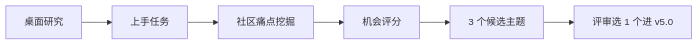
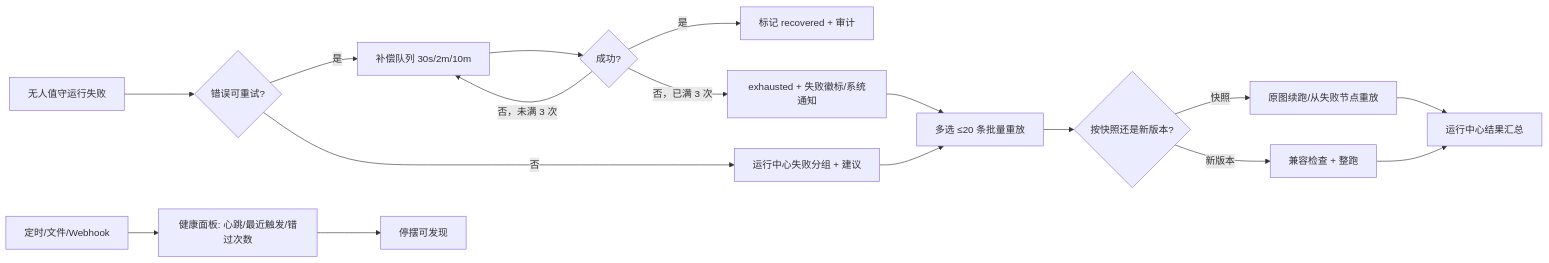
The diagram in docs/plan/v5.0/README.md (flashJJ/workBuddyForMe), drawn with Mermaid before and after one commit. The commit also changed other lines of this file and 173 other files, not shown here.

````diff
--- a/docs/plan/v5.0/README.md
+++ b/docs/plan/v5.0/README.md
@@ -63,8 +72,19 @@
 ```mermaid
 flowchart LR
-  A[桌面研究] --> B[上手任务]
-  B --> C[社区痛点挖掘]
-  C --> D[机会评分]
-  D --> E[3 个候选主题]
-  E --> F[评审选 1 个进 v5.0]
+  A[无人值守运行失败] --> B{错误可重试?}
+  B -->|是| C[补偿队列 30s/2m/10m]
+  B -->|否| D[运行中心失败分组 + 建议]
+  C --> E{成功?}
+  E -->|是| F[标记 recovered + 审计]
+  E -->|否，未满 3 次| C
+  E -->|否，已满 3 次| G[exhausted + 失败徽标/系统通知]
+  D --> H[多选 ≤20 条批量重放]
+  G --> H
+  H --> I{按快照还是新版本?}
+  I -->|快照| J[原图续跑/从失败节点重放]
+  I -->|新版本| K[兼容检查 + 整跑]
+  J --> L[运行中心结果汇总]
+  K --> L
+  M[定时/文件/Webhook] --> N[健康面板: 心跳/最近触发/错过次数]
+  N --> O[停摆可发现]
 ```
````
